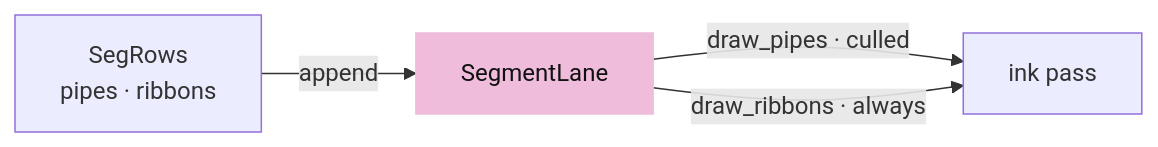
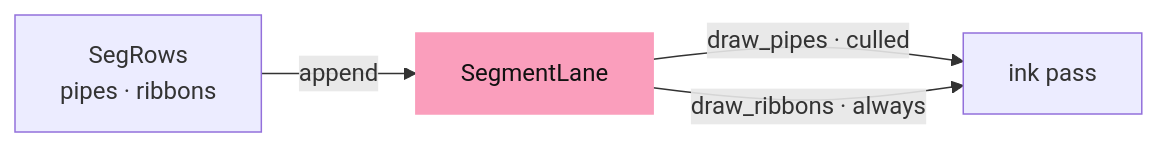
One commit to petrasvestartas/session changed the third of 5 diagrams in session_viewer/docs/04b-strokes.md. Above: the diagram before and after it, drawn with Mermaid. The commit also changed other lines of this file and 328 other files, not shown here.

First line of the commit message:
Course: the palette you sent, and mermaid drawn like the drawings

````diff
--- a/session_viewer/docs/04b-strokes.md
+++ b/session_viewer/docs/04b-strokes.md
@@ -60,7 +60,7 @@
 ```mermaid
 flowchart LR
     SR["SegRows<br/>pipes · ribbons"] -- "append" --> SL["SegmentLane"]
     SL -- "draw_pipes · culled" --> P["ink pass"]
     SL -- "draw_ribbons · always" --> P
-    style SL fill:#f0bcdb,stroke:#f0bcdb,color:#111
+    style SL fill:#fa9ebc,stroke:#fa9ebc,color:#111
 ```
````
